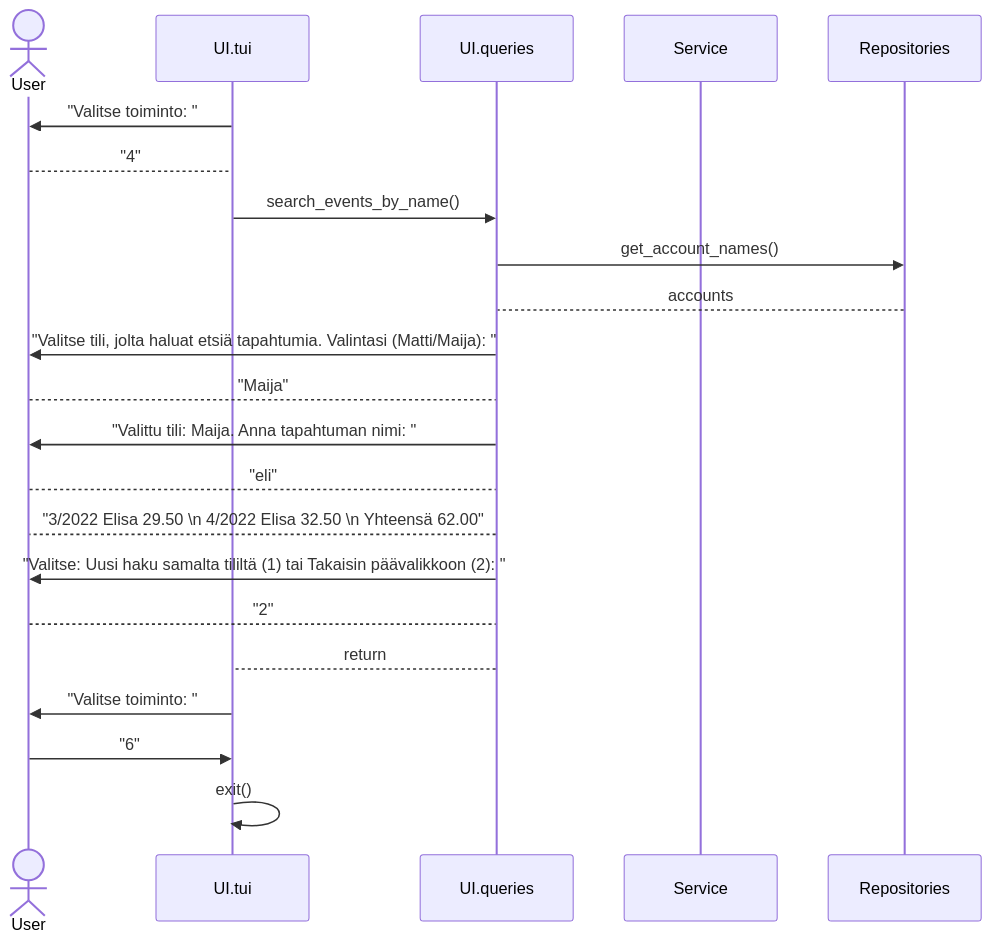
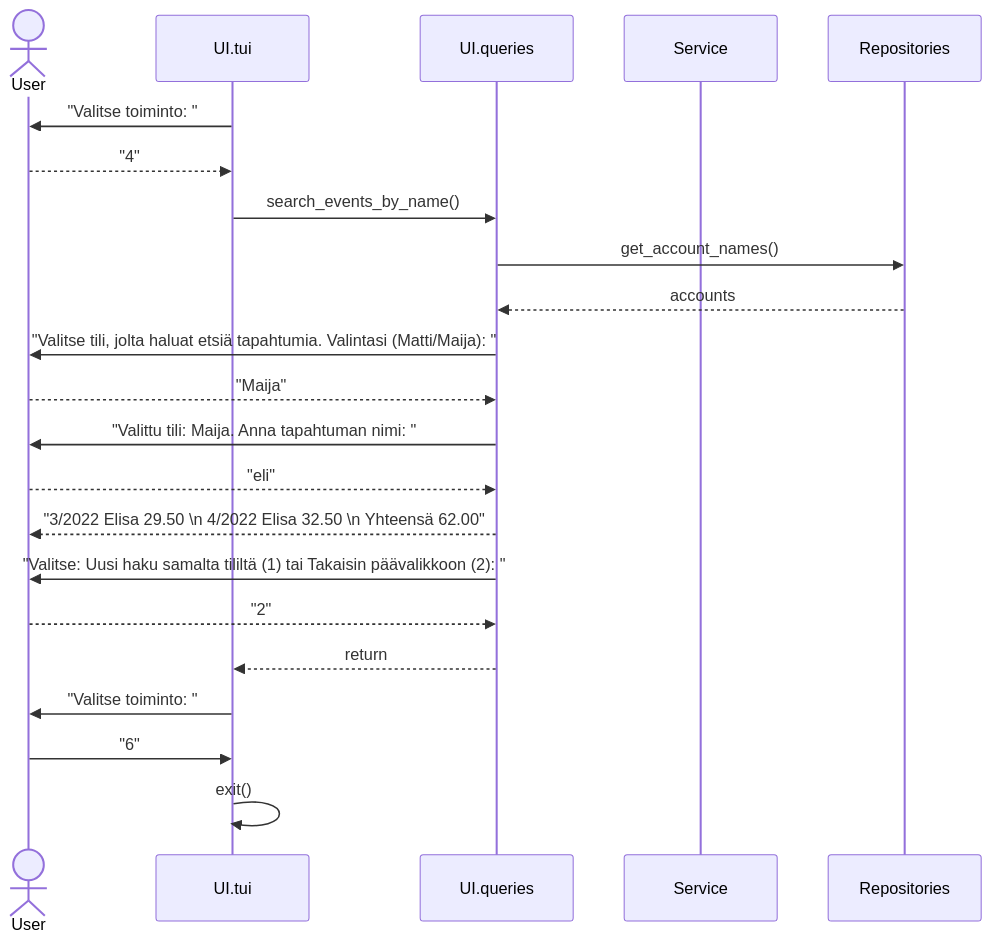
Before and after one commit to rpessi/ot-harjoitustyo: the third of 3 diagrams in dokumentaatio/arkkitehtuuri.md, drawn with Mermaid. The commit also changed other lines of this file, not shown here.

Commit message:
Korjattu arkkitehtuuridokumentista sekvenssikaavion funktioiden palautusarvoja kuvaavat nuolet

````diff
--- a/dokumentaatio/arkkitehtuuri.md
+++ b/dokumentaatio/arkkitehtuuri.md
@@ -76,24 +76,24 @@
 ```mermaid
 sequenceDiagram
    actor User
    participant UI.tui
    Participant UI.queries
    participant Service
    participant Repositories
    UI.tui->>User: "Valitse toiminto: "
-   User-->UI.tui: "4"
+   User-->>UI.tui: "4"
    UI.tui->>UI.queries: search_events_by_name()
    UI.queries->>Repositories: get_account_names()
-   Repositories-->UI.queries: accounts
+   Repositories-->>UI.queries: accounts
    UI.queries->>User: "Valitse tili, jolta haluat etsiä tapahtumia. Valintasi (Matti/Maija): "
-   User-->UI.queries: "Maija"
+   User-->>UI.queries: "Maija"
    UI.queries->>User: "Valittu tili: Maija. Anna tapahtuman nimi: "
-   User-->UI.queries: "eli"
-   UI.queries-->User: "3/2022 Elisa 29.50 \n 4/2022 Elisa 32.50 \n Yhteensä 62.00"
+   User-->>UI.queries: "eli"
+   UI.queries-->>User: "3/2022 Elisa 29.50 \n 4/2022 Elisa 32.50 \n Yhteensä 62.00"
    UI.queries->>User: "Valitse: Uusi haku samalta tililtä (1) tai Takaisin päävalikkoon (2): "
-   User-->UI.queries: "2"
-   UI.queries-->UI.tui: return
+   User-->>UI.queries: "2"
+   UI.queries-->>UI.tui: return
    UI.tui->>User: "Valitse toiminto: "
    User->>UI.tui: "6"
    UI.tui->>UI.tui: exit()
 ```
````
